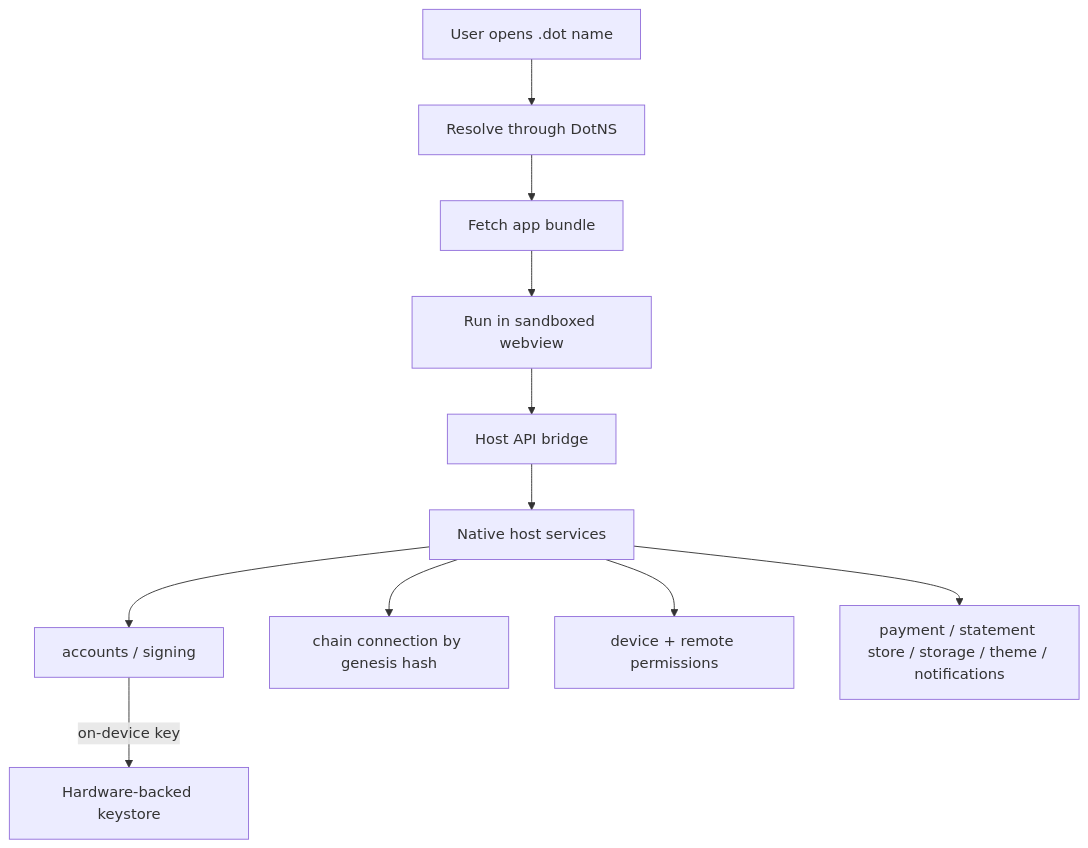
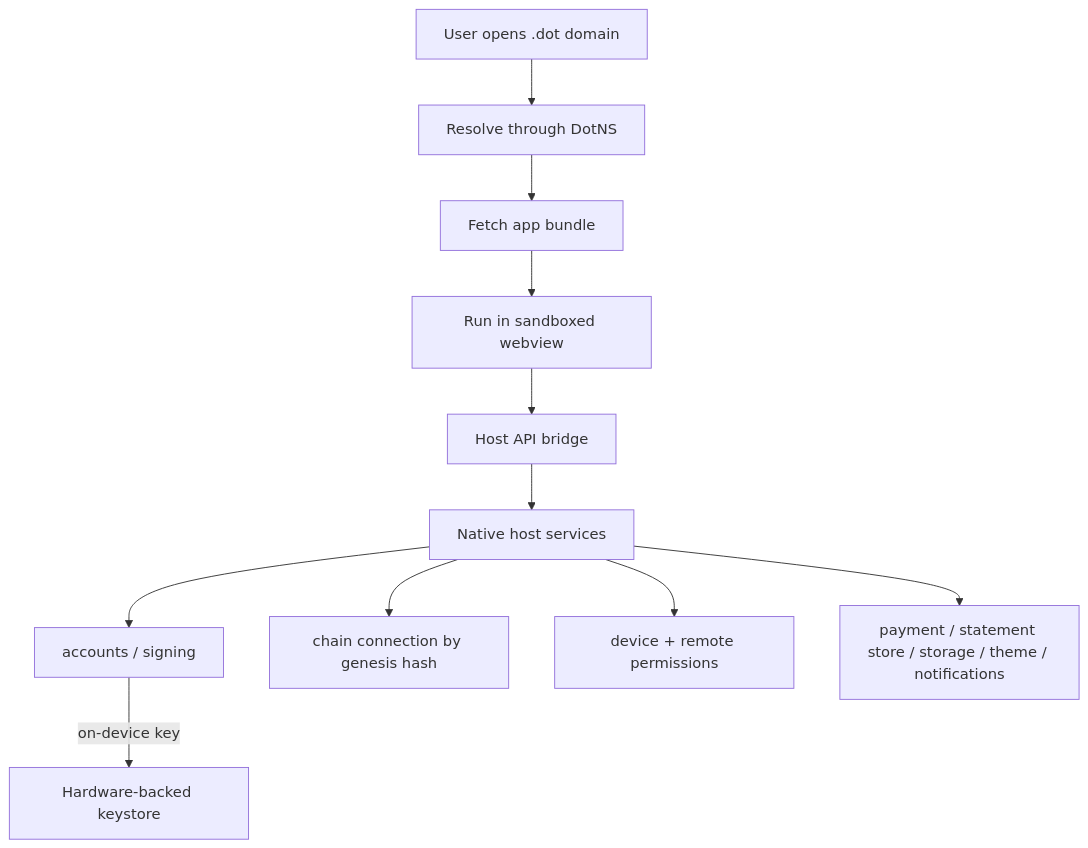
One commit to Polkadot-Community-Foundation/polkadot-app-docs changed the first of 2 diagrams in docs/architecture/client.md. Above: the diagram before and after it, drawn with Mermaid. The commit also changed other lines of this file and 31 other files, not shown here.

````diff
--- a/docs/architecture/client.md
+++ b/docs/architecture/client.md
@@ -60,13 +64,13 @@
 ```mermaid
 flowchart TD
-  U[User opens .dot name] --> R[Resolve through DotNS]
+  U[User opens .dot domain] --> R[Resolve through DotNS]
   R --> A[Fetch app bundle]
   A --> S[Run in sandboxed webview]
   S --> C[Host API bridge]
   C --> H[Native host services]
   H --> ACC[accounts / signing]
   H --> CH[chain connection by genesis hash]
   H --> PERM[device + remote permissions]
   H --> PAY[payment / statement store / storage / theme / notifications]
   ACC -->|on-device key| K[Hardware-backed keystore]
 ```
````
